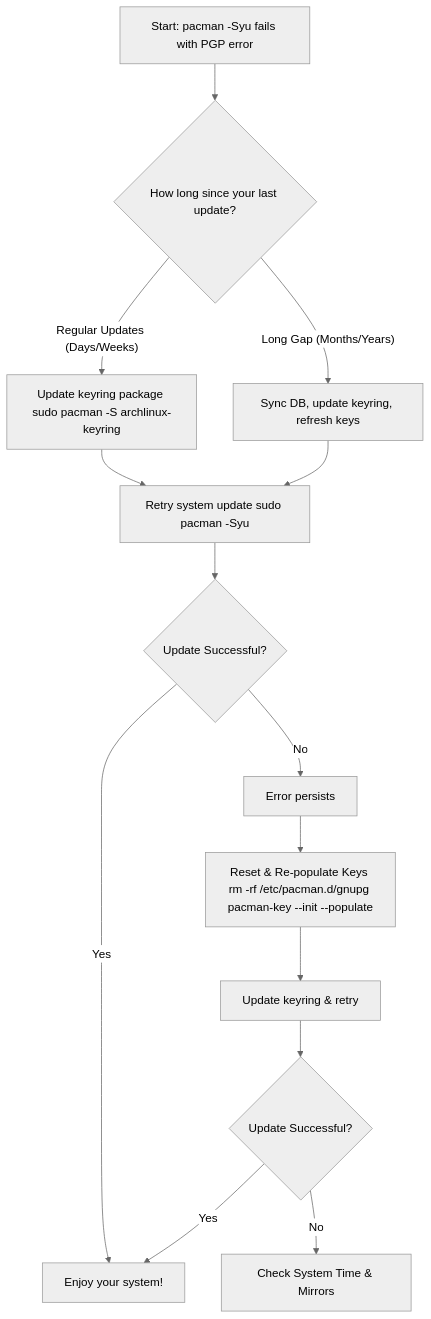
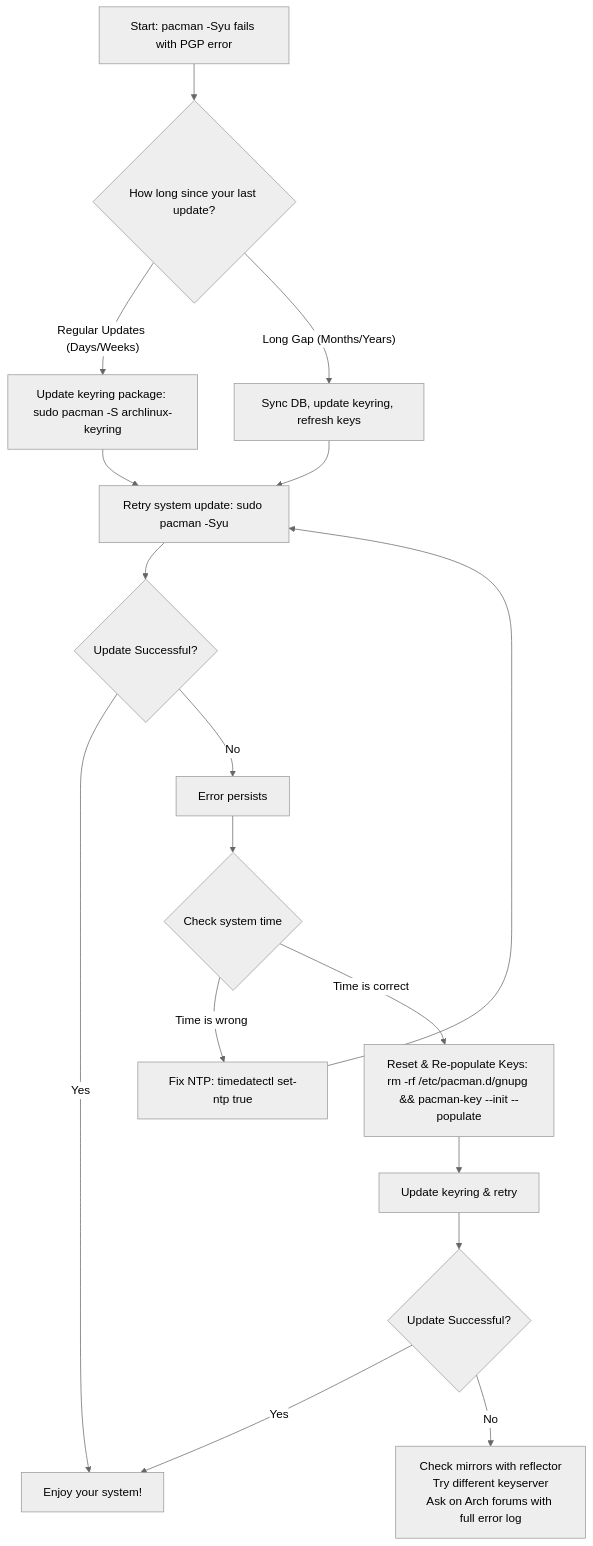
The diagram in src/data/blogs/posts/tech/arch-linux-keyring-fix.md (htghuzaifa2/huzi.pk-web-v2), drawn with Mermaid (neutral theme) before and after one commit. The commit also changed other lines of this file and 488 other files, not shown here.

````diff
--- a/src/data/blogs/posts/tech/arch-linux-keyring-fix.md
+++ b/src/data/blogs/posts/tech/arch-linux-keyring-fix.md
@@ -57,21 +138,25 @@
 ```mermaid
 flowchart TD
     A[Start: pacman -Syu fails with PGP error] --> B{How long since your last update?}
     
-    B -- Regular Updates (Days/Weeks) --> C[Update keyring package sudo pacman -S archlinux-keyring]
+    B -- Regular Updates (Days/Weeks) --> C[Update keyring package: sudo pacman -S archlinux-keyring]
     B -- Long Gap (Months/Years) --> D[Sync DB, update keyring, refresh keys]
     
-    C --> E[Retry system update sudo pacman -Syu]
+    C --> E[Retry system update: sudo pacman -Syu]
     D --> E
     
     E --> F{Update Successful?}
     F -- Yes --> G[Enjoy your system!]
     F -- No --> H[Error persists]
     
-    H --> I[Reset & Re-populate Keys rm -rf /etc/pacman.d/gnupg pacman-key --init --populate]
-    I --> J[Update keyring & retry]
+    H --> I{Check system time}
+    I -- Time is wrong --> J[Fix NTP: timedatectl set-ntp true]
+    I -- Time is correct --> K[Reset & Re-populate Keys: rm -rf /etc/pacman.d/gnupg && pacman-key --init --populate]
     
-    J --> K{Update Successful?}
-    K -- Yes --> G
-    K -- No --> L[Check System Time & Mirrors]
+    J --> E
+    K --> L[Update keyring & retry]
+    
+    L --> M{Update Successful?}
+    M -- Yes --> G
+    M -- No --> N[Check mirrors with reflector<br>Try different keyserver<br>Ask on Arch forums with full error log]
 ```
````
